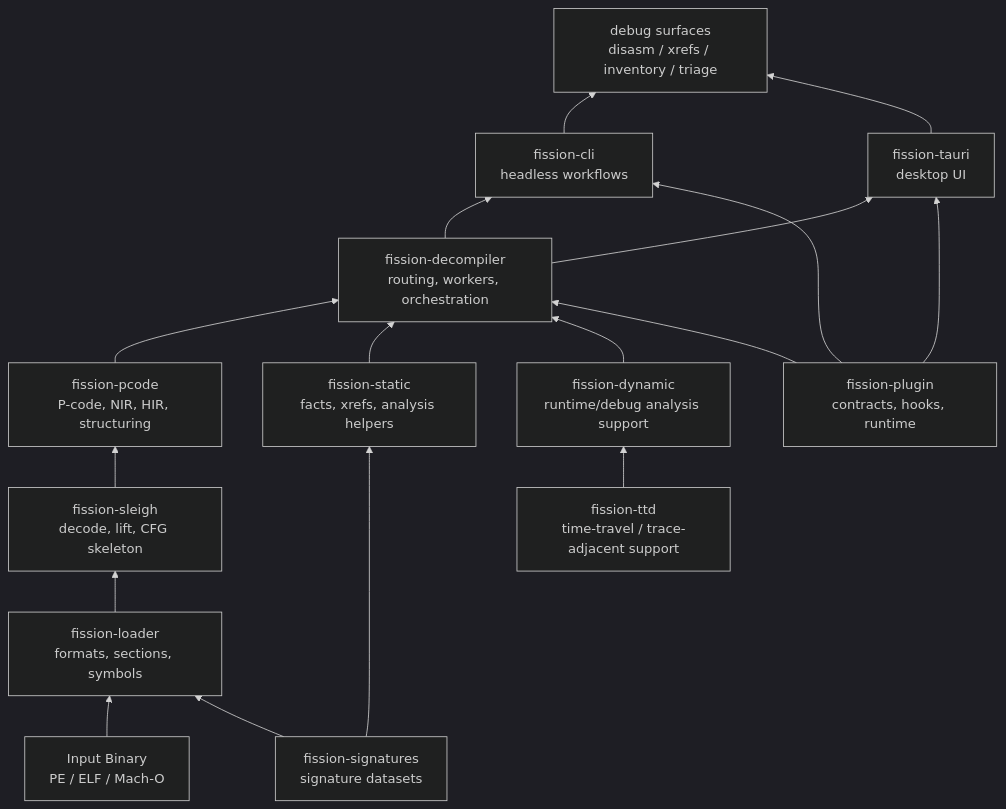
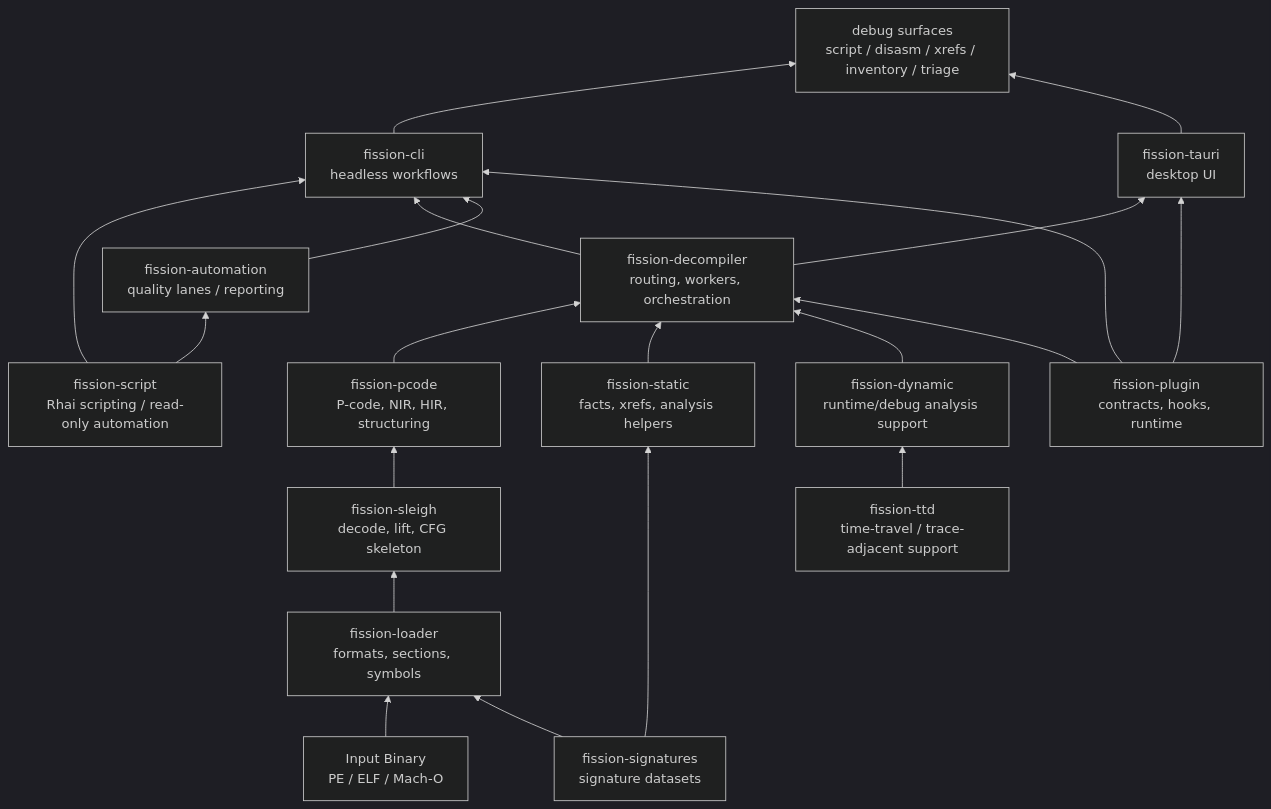
The first of 2 diagrams in README.md (fission-systems/Fission), drawn with Mermaid (dark theme) before and after one commit. The commit also changed other lines of this file, not shown here.

Commit message:
docs(readme): include fission-script in architecture surfaces

````diff
--- a/README.md
+++ b/README.md
@@ -38,22 +38,25 @@
 ```mermaid
 flowchart BT
     Binary["Input Binary<br/>PE / ELF / Mach-O"] --> Loader["fission-loader<br/>formats, sections, symbols"]
     Loader --> Sleigh["fission-sleigh<br/>decode, lift, CFG skeleton"]
     Sleigh --> Pcode["fission-pcode<br/>P-code, NIR, HIR, structuring"]
     Pcode --> Decompiler["fission-decompiler<br/>routing, workers, orchestration"]
 
     Static["fission-static<br/>facts, xrefs, analysis helpers"] --> Decompiler
     Signatures["fission-signatures<br/>signature datasets"] --> Loader
     Signatures --> Static
 
+    Script["fission-script<br/>Rhai scripting / read-only automation"] --> CLI
+    Script --> Automation["fission-automation<br/>quality lanes / reporting"]
     Dynamic["fission-dynamic<br/>runtime/debug analysis support"] --> Decompiler
     TTD["fission-ttd<br/>time-travel / trace-adjacent support"] --> Dynamic
     Plugin["fission-plugin<br/>contracts, hooks, runtime"] --> Decompiler
 
     Decompiler --> CLI["fission-cli<br/>headless workflows"]
     Decompiler --> GUI["fission-tauri<br/>desktop UI"]
-    CLI --> Debug["debug surfaces<br/>disasm / xrefs / inventory / triage"]
+    Automation --> CLI
+    CLI --> Debug["debug surfaces<br/>script / disasm / xrefs / inventory / triage"]
     GUI --> Debug
     Plugin --> CLI
     Plugin --> GUI
 ```
````
